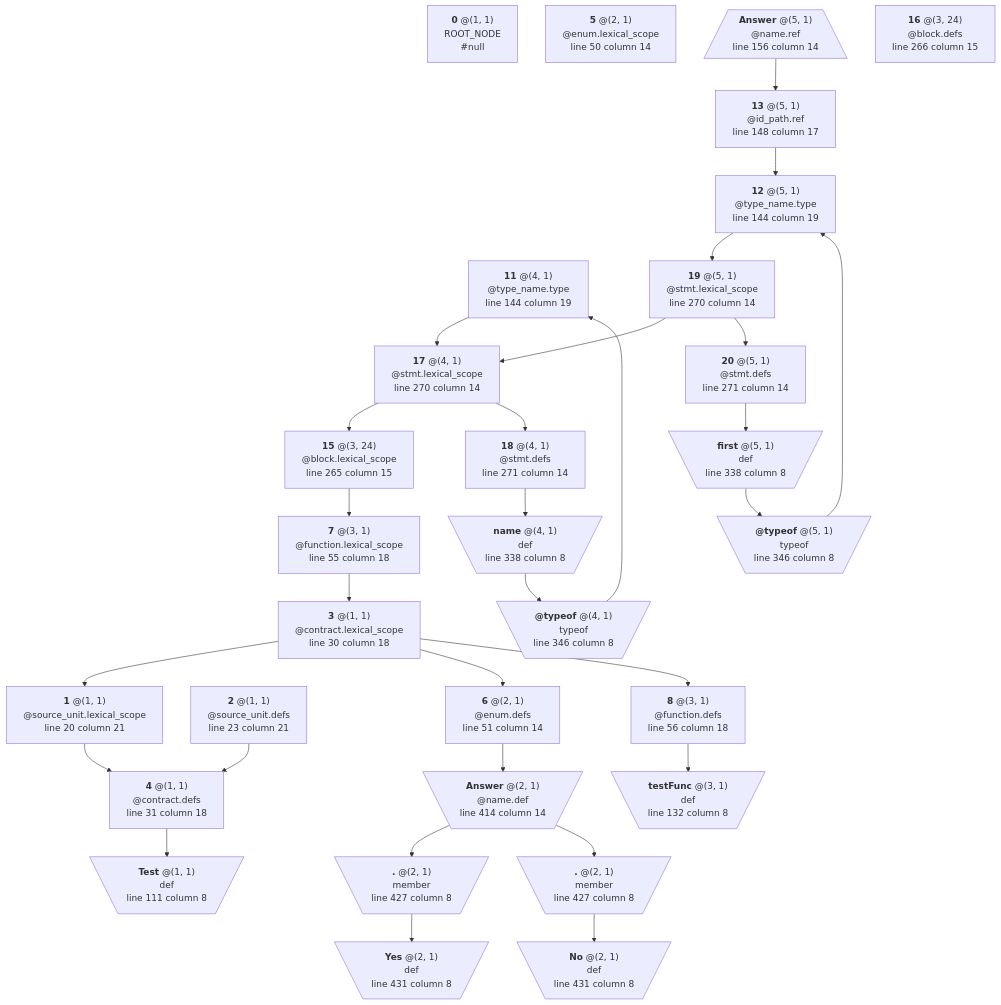
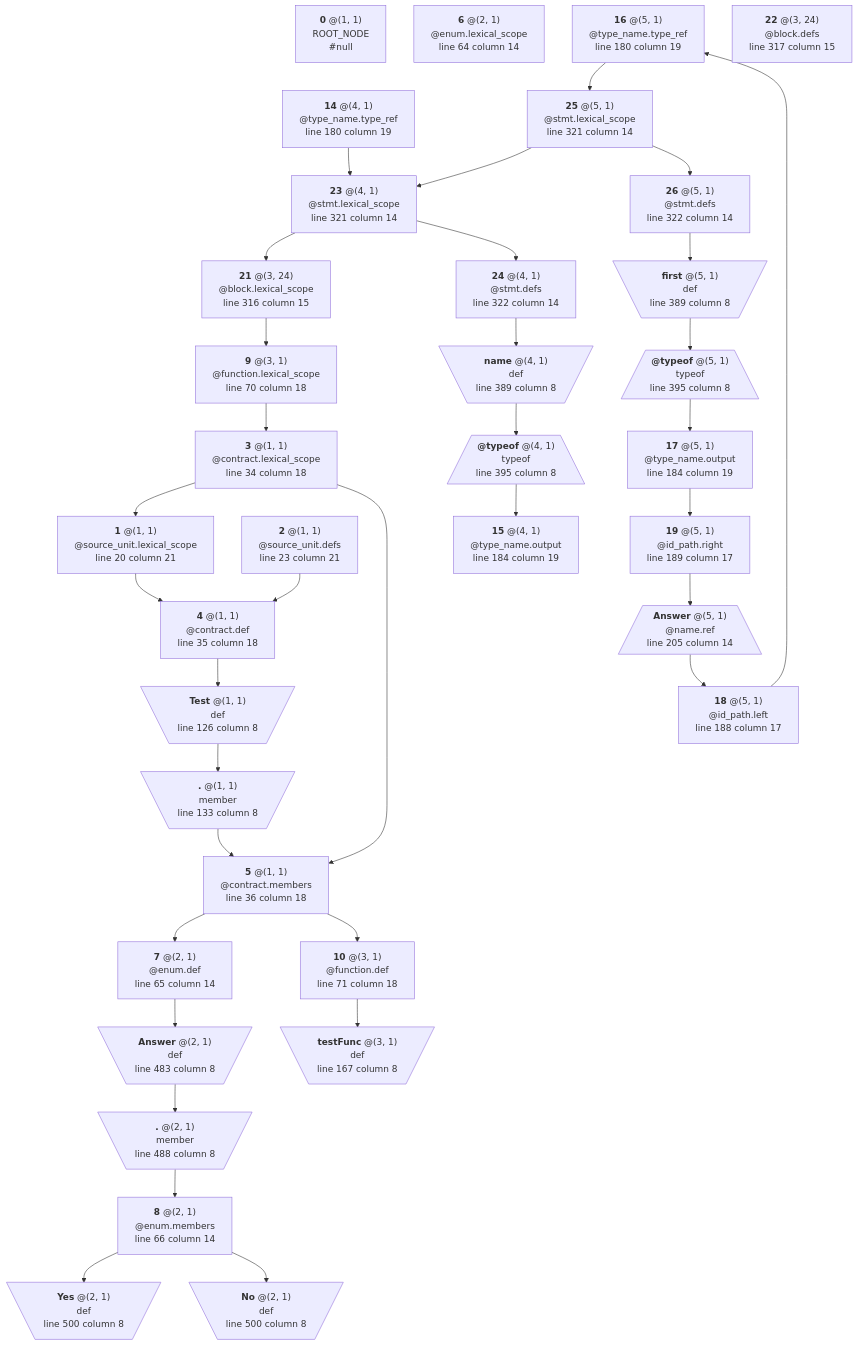
One commit to manastech/slang changed the diagram in crates/solidity/testing/snapshots/bindings_output/expressions/type_expr/generated/0.5.0.mmd. Above: the diagram before and after it, drawn with Mermaid. The commit also changed 39 other files, not shown here.

First line of the commit message:
Bindings for structs and refactor contract/libs/ifaces members rules

```diff
--- a/crates/solidity/testing/snapshots/bindings_output/expressions/type_expr/generated/0.5.0.mmd
+++ b/crates/solidity/testing/snapshots/bindings_output/expressions/type_expr/generated/0.5.0.mmd
@@ -1,122 +1,142 @@
 %% This file is generated automatically by infrastructure scripts. Please don't edit by hand.
 
 %% WARNING: Parsing failed, graph may be incomplete
 graph TD
 	N0["`**0** @(1, 1)
 ROOT_NODE
 #null`"]
 	N1["`**1** @(1, 1)
 @source_unit.lexical_scope
 line 20 column 21`"]
 	N1 --> N4
 	N2["`**2** @(1, 1)
 @source_unit.defs
 line 23 column 21`"]
 	N2 --> N4
 	N3["`**3** @(1, 1)
 @contract.lexical_scope
-line 30 column 18`"]
+line 34 column 18`"]
 	N3 --> N1
-	N3 --> N6
-	N3 --> N8
+	N3 --> N5
 	N4["`**4** @(1, 1)
-@contract.defs
-line 31 column 18`"]
-	N4 --> N9
-	N5["`**5** @(2, 1)
+@contract.def
+line 35 column 18`"]
+	N4 --> N11
+	N5["`**5** @(1, 1)
+@contract.members
+line 36 column 18`"]
+	N5 --> N7
+	N5 --> N10
+	N6["`**6** @(2, 1)
 @enum.lexical_scope
-line 50 column 14`"]
-	N6["`**6** @(2, 1)
-@enum.defs
-line 51 column 14`"]
-	N6 --> N25
-	N7["`**7** @(3, 1)
+line 64 column 14`"]
+	N7["`**7** @(2, 1)
+@enum.def
+line 65 column 14`"]
+	N7 --> N31
+	N8["`**8** @(2, 1)
+@enum.members
+line 66 column 14`"]
+	N8 --> N33
+	N8 --> N34
+	N9["`**9** @(3, 1)
 @function.lexical_scope
-line 55 column 18`"]
-	N7 --> N3
-	N8["`**8** @(3, 1)
-@function.defs
-line 56 column 18`"]
-	N8 --> N10
-	N9[\"`**Test** @(1, 1)
+line 70 column 18`"]
+	N9 --> N3
+	N10["`**10** @(3, 1)
+@function.def
+line 71 column 18`"]
+	N10 --> N13
+	N11[\"`**Test** @(1, 1)
 def
-line 111 column 8`"/]
-	N10[\"`**testFunc** @(3, 1)
+line 126 column 8`"/]
+	N11 --> N12
+	N12[\"`**.** @(1, 1)
+member
+line 133 column 8`"/]
+	N12 --> N5
+	N13[\"`**testFunc** @(3, 1)
 def
-line 132 column 8`"/]
-	N11["`**11** @(4, 1)
-@type_name.type
-line 144 column 19`"]
-	N11 --> N17
-	N12["`**12** @(5, 1)
-@type_name.type
-line 144 column 19`"]
-	N12 --> N19
-	N13["`**13** @(5, 1)
-@id_path.ref
-line 148 column 17`"]
-	N13 --> N12
-	N14[/"`**Answer** @(5, 1)
+line 167 column 8`"/]
+	N14["`**14** @(4, 1)
+@type_name.type_ref
+line 180 column 19`"]
+	N14 --> N23
+	N15["`**15** @(4, 1)
+@type_name.output
+line 184 column 19`"]
+	N16["`**16** @(5, 1)
+@type_name.type_ref
+line 180 column 19`"]
+	N16 --> N25
+	N17["`**17** @(5, 1)
+@type_name.output
+line 184 column 19`"]
+	N17 --> N19
+	N18["`**18** @(5, 1)
+@id_path.left
+line 188 column 17`"]
+	N18 --> N16
+	N19["`**19** @(5, 1)
+@id_path.right
+line 189 column 17`"]
+	N19 --> N20
+	N20[/"`**Answer** @(5, 1)
 @name.ref
-line 156 column 14`"\]
-	N14 --> N13
-	N15["`**15** @(3, 24)
+line 205 column 14`"\]
+	N20 --> N18
+	N21["`**21** @(3, 24)
 @block.lexical_scope
-line 265 column 15`"]
-	N15 --> N7
-	N16["`**16** @(3, 24)
+line 316 column 15`"]
+	N21 --> N9
+	N22["`**22** @(3, 24)
 @block.defs
-line 266 column 15`"]
-	N17["`**17** @(4, 1)
+line 317 column 15`"]
+	N23["`**23** @(4, 1)
 @stmt.lexical_scope
-line 270 column 14`"]
-	N17 --> N15
-	N17 --> N18
-	N18["`**18** @(4, 1)
+line 321 column 14`"]
+	N23 --> N21
+	N23 --> N24
+	N24["`**24** @(4, 1)
 @stmt.defs
-line 271 column 14`"]
-	N18 --> N21
-	N19["`**19** @(5, 1)
+line 322 column 14`"]
+	N24 --> N27
+	N25["`**25** @(5, 1)
 @stmt.lexical_scope
-line 270 column 14`"]
-	N19 --> N17
-	N19 --> N20
-	N20["`**20** @(5, 1)
+line 321 column 14`"]
+	N25 --> N23
+	N25 --> N26
+	N26["`**26** @(5, 1)
 @stmt.defs
-line 271 column 14`"]
-	N20 --> N23
-	N21[\"`**name** @(4, 1)
+line 322 column 14`"]
+	N26 --> N29
+	N27[\"`**name** @(4, 1)
 def
-line 338 column 8`"/]
-	N21 --> N22
-	N22[\"`**@typeof** @(4, 1)
+line 389 column 8`"/]
+	N27 --> N28
+	N28[/"`**@typeof** @(4, 1)
 typeof
-line 346 column 8`"/]
-	N22 --> N11
-	N23[\"`**first** @(5, 1)
+line 395 column 8`"\]
+	N28 --> N15
+	N29[\"`**first** @(5, 1)
 def
-line 338 column 8`"/]
-	N23 --> N24
-	N24[\"`**@typeof** @(5, 1)
+line 389 column 8`"/]
+	N29 --> N30
+	N30[/"`**@typeof** @(5, 1)
 typeof
-line 346 column 8`"/]
-	N24 --> N12
-	N25[\"`**Answer** @(2, 1)
-@name.def
-line 414 column 14`"/]
-	N25 --> N26
-	N25 --> N28
-	N26[\"`**.** @(2, 1)
+line 395 column 8`"\]
+	N30 --> N17
+	N31[\"`**Answer** @(2, 1)
+def
+line 483 column 8`"/]
+	N31 --> N32
+	N32[\"`**.** @(2, 1)
 member
-line 427 column 8`"/]
-	N26 --> N27
-	N27[\"`**Yes** @(2, 1)
+line 488 column 8`"/]
+	N32 --> N8
+	N33[\"`**Yes** @(2, 1)
 def
-line 431 column 8`"/]
-	N28[\"`**.** @(2, 1)
-member
-line 427 column 8`"/]
-	N28 --> N29
-	N29[\"`**No** @(2, 1)
+line 500 column 8`"/]
+	N34[\"`**No** @(2, 1)
 def
-line 431 column 8`"/]
+line 500 column 8`"/]
```
